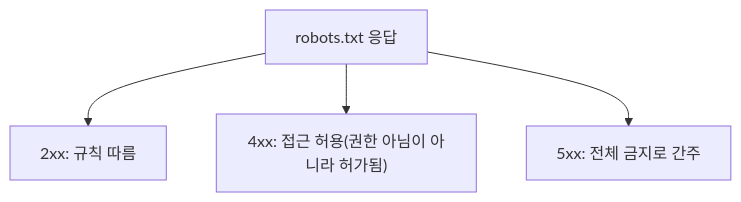
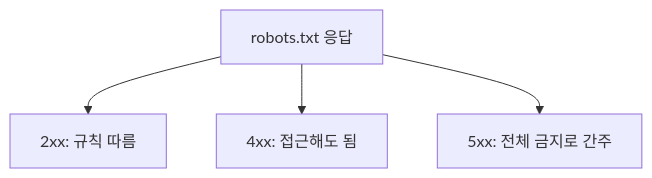
Before and after one commit to wjdgks7178/ai-mindmap: the second of 2 diagrams in articles/rep-vs-contract.md, drawn with Mermaid.

Commit message:
fix: rep-vs-contract wording

````diff
--- a/articles/rep-vs-contract.md
+++ b/articles/rep-vs-contract.md
@@ -23,6 +23,6 @@
 ```mermaid
 flowchart TD
   X["robots.txt 응답"] --> a["2xx: 규칙 따름"]
-  X --> b["4xx: 접근 허용(권한 아님이 아니라 허가됨)"]
+  X --> b["4xx: 접근해도 됨"]
   X --> c["5xx: 전체 금지로 간주"]
 ```
````
